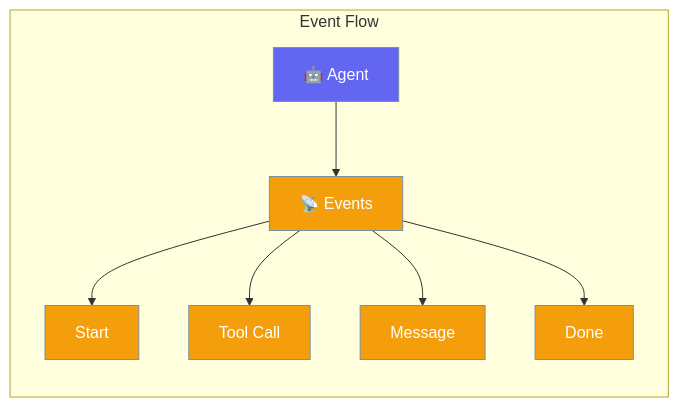
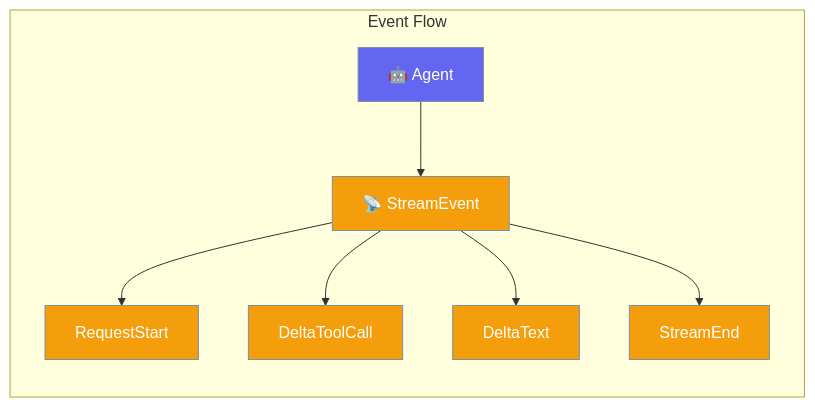
Before and after one commit to MervinPraison/PraisonAIDocs: the diagram in docs/rust/events.mdx, drawn with Mermaid. The commit also changed other lines of this file and 7 other files, not shown here.

````diff
--- a/docs/rust/events.mdx
+++ b/docs/rust/events.mdx
@@ -10,16 +10,16 @@
 ```mermaid
 graph LR
     subgraph "Event Flow"
-        A[🤖 Agent] --> E[📡 Events]
-        E --> S[Start]
-        E --> T[Tool Call]
-        E --> M[Message]
-        E --> D[Done]
+        A[🤖 Agent] --> E[📡 StreamEvent]
+        E --> S[RequestStart]
+        E --> T[DeltaToolCall]
+        E --> M[DeltaText]
+        E --> D[StreamEnd]
     end
     
     classDef agent fill:#6366F1,stroke:#7C90A0,color:#fff
     classDef event fill:#F59E0B,stroke:#7C90A0,color:#fff
     
     class A agent
     class E,S,T,M,D event
 ```
````
